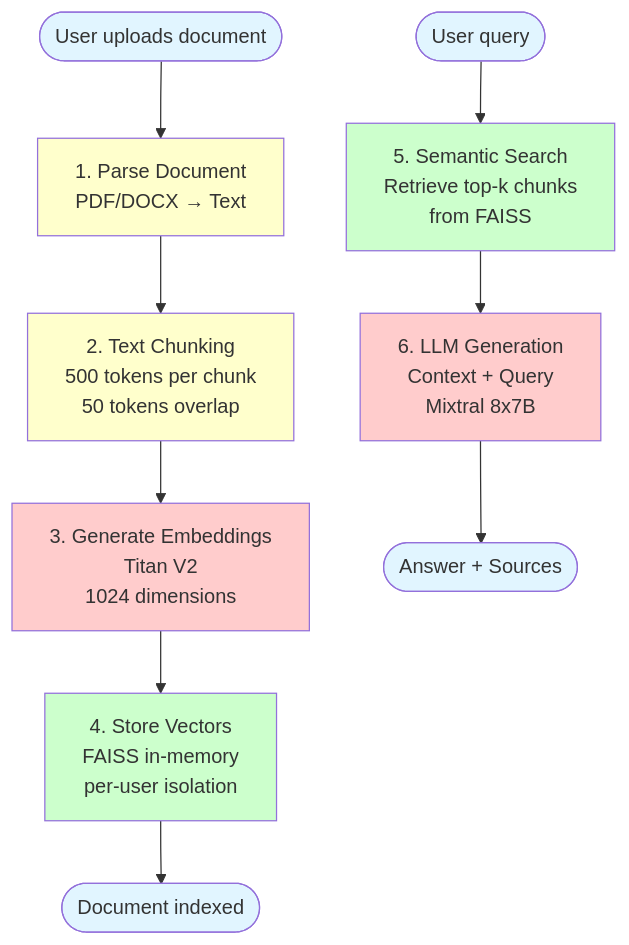
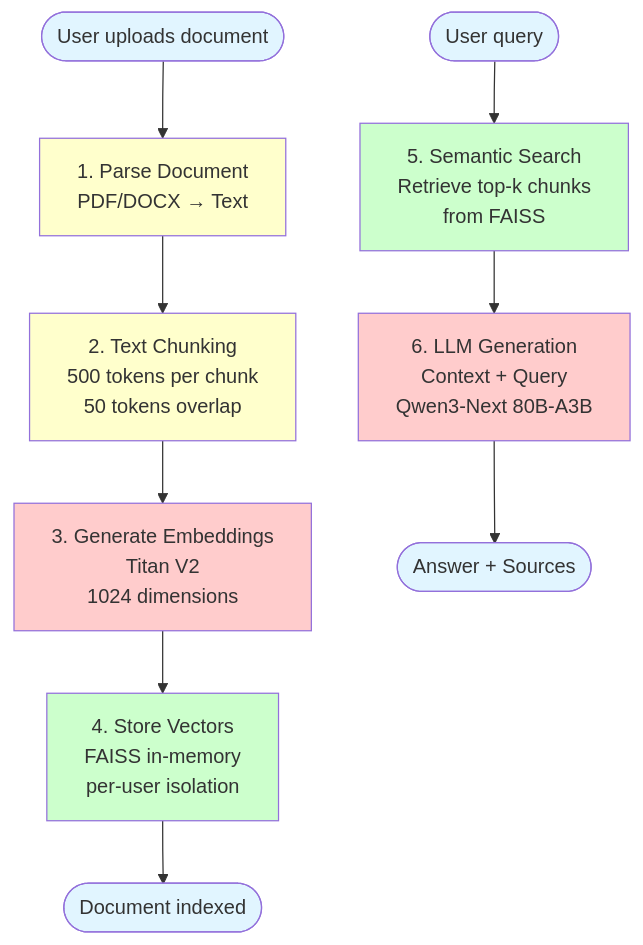
The tenth of 10 diagrams in MERMAID_DIAGRAMS.md (TakunKenjo/Workshop-AWS-Group-Report), drawn with Mermaid before and after one commit. The commit also changed other lines of this file and 35 other files, not shown here.

````diff
--- a/MERMAID_DIAGRAMS.md
+++ b/MERMAID_DIAGRAMS.md
@@ -472,23 +503,23 @@
 ```mermaid
 flowchart TD
     Start([User uploads document]) --> Step1[1. Parse Document<br/>PDF/DOCX → Text]
     Step1 --> Step2[2. Text Chunking<br/>500 tokens per chunk<br/>50 tokens overlap]
     Step2 --> Step3[3. Generate Embeddings<br/>Titan V2<br/>1024 dimensions]
     Step3 --> Step4[4. Store Vectors<br/>FAISS in-memory<br/>per-user isolation]
     Step4 --> Ready([Document indexed])
     
     Query([User query]) --> Step5[5. Semantic Search<br/>Retrieve top-k chunks<br/>from FAISS]
-    Step5 --> Step6[6. LLM Generation<br/>Context + Query<br/>Mixtral 8x7B]
+    Step5 --> Step6[6. LLM Generation<br/>Context + Query<br/>Qwen3-Next 80B-A3B]
     Step6 --> Response([Answer + Sources])
     
     style Start fill:#e1f5ff
     style Step1 fill:#ffffcc
     style Step2 fill:#ffffcc
     style Step3 fill:#ffcccc
     style Step4 fill:#ccffcc
     style Ready fill:#e1f5ff
     style Query fill:#e1f5ff
     style Step5 fill:#ccffcc
     style Step6 fill:#ffcccc
     style Response fill:#e1f5ff
 ```
````
